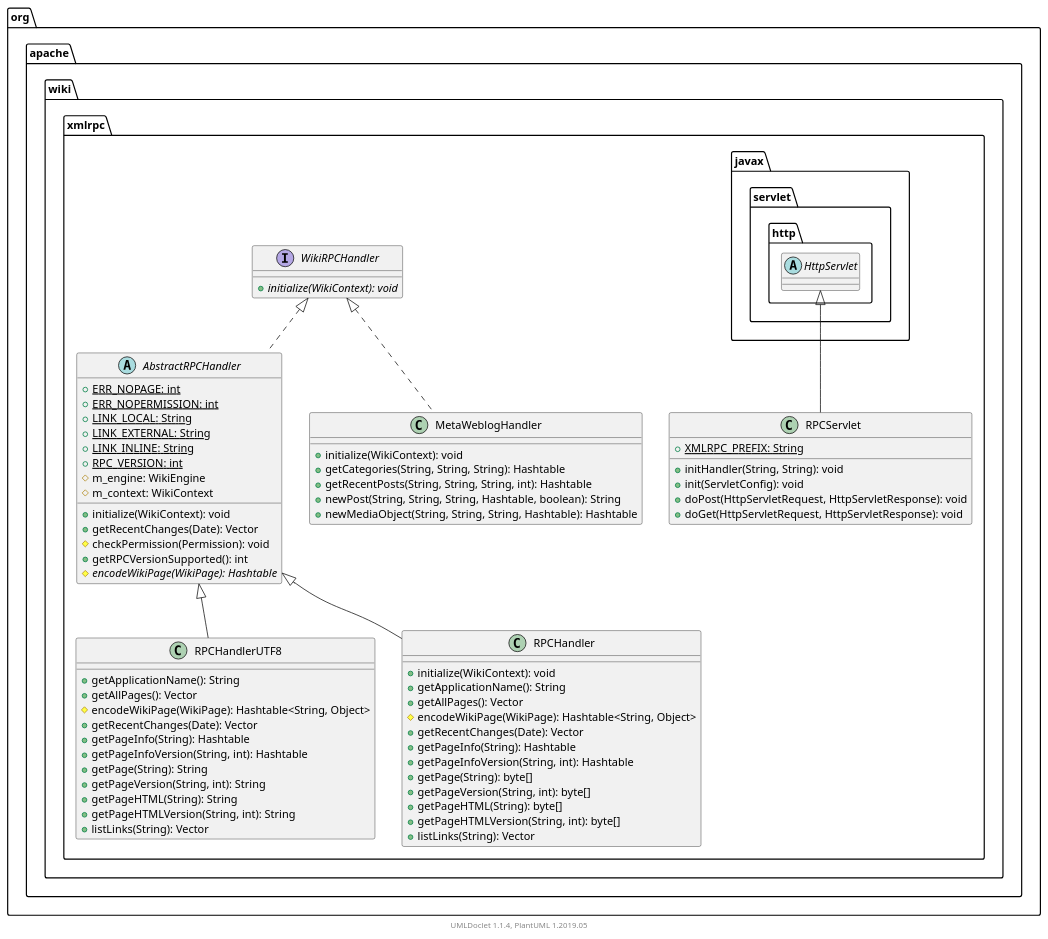
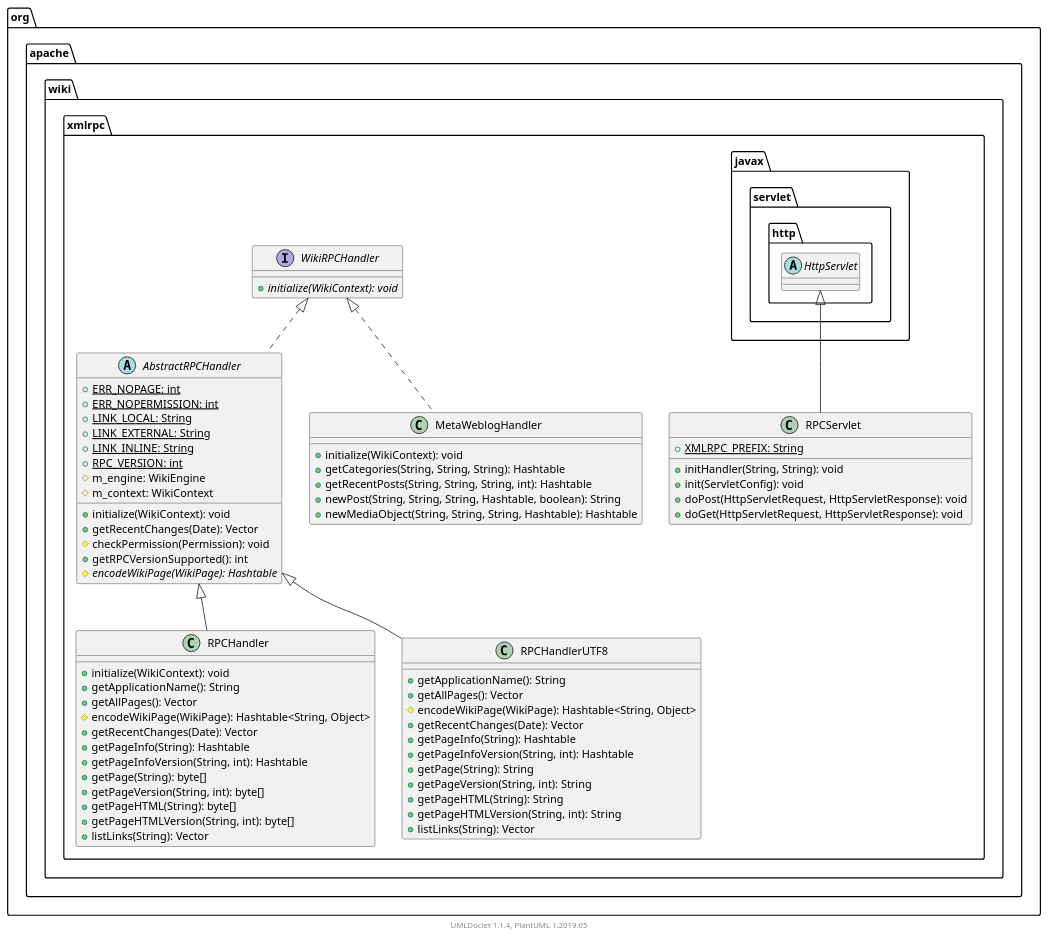
Before and after one commit to apache/jspwiki-site: the diagram in apidocs/2.11.0.M7-SNAPSHOT/org/apache/wiki/xmlrpc/package.puml, drawn with PlantUML. The commit also changed other lines of this file and 1589 other files, not shown here.

```diff
--- a/apidocs/2.11.0.M7-SNAPSHOT/org/apache/wiki/xmlrpc/package.puml
+++ b/apidocs/2.11.0.M7-SNAPSHOT/org/apache/wiki/xmlrpc/package.puml
@@ -1,85 +1,85 @@
 @startuml
 
     namespace org.apache.wiki.xmlrpc {
 
-        class RPCServlet [[RPCServlet.html]] {
-            {static} +XMLRPC_PREFIX: String
-            +initHandler(String, String): void
-            +init(ServletConfig): void
-            +doPost(HttpServletRequest, HttpServletResponse): void
-            +doGet(HttpServletRequest, HttpServletResponse): void
-        }
-
-        interface WikiRPCHandler [[WikiRPCHandler.html]] {
-            {abstract} +initialize(WikiContext): void
+        class RPCHandler [[RPCHandler.html]] {
+            +initialize(WikiContext): void
+            +getApplicationName(): String
+            +getAllPages(): Vector
+            #encodeWikiPage(WikiPage): Hashtable<String, Object>
+            +getRecentChanges(Date): Vector
+            +getPageInfo(String): Hashtable
+            +getPageInfoVersion(String, int): Hashtable
+            +getPage(String): byte[]
+            +getPageVersion(String, int): byte[]
+            +getPageHTML(String): byte[]
+            +getPageHTMLVersion(String, int): byte[]
+            +listLinks(String): Vector
         }
 
         abstract class AbstractRPCHandler [[AbstractRPCHandler.html]] {
             {static} +ERR_NOPAGE: int
             {static} +ERR_NOPERMISSION: int
             {static} +LINK_LOCAL: String
             {static} +LINK_EXTERNAL: String
             {static} +LINK_INLINE: String
             {static} +RPC_VERSION: int
             #m_engine: WikiEngine
             #m_context: WikiContext
             +initialize(WikiContext): void
             +getRecentChanges(Date): Vector
             #checkPermission(Permission): void
             +getRPCVersionSupported(): int
             {abstract} #encodeWikiPage(WikiPage): Hashtable
         }
 
+        class RPCServlet [[RPCServlet.html]] {
+            {static} +XMLRPC_PREFIX: String
+            +initHandler(String, String): void
+            +init(ServletConfig): void
+            +doPost(HttpServletRequest, HttpServletResponse): void
+            +doGet(HttpServletRequest, HttpServletResponse): void
+        }
+
+        class MetaWeblogHandler [[MetaWeblogHandler.html]] {
+            +initialize(WikiContext): void
+            +getCategories(String, String, String): Hashtable
+            +getRecentPosts(String, String, String, int): Hashtable
+            +newPost(String, String, String, Hashtable, boolean): String
+            +newMediaObject(String, String, String, Hashtable): Hashtable
+        }
+
+        interface WikiRPCHandler [[WikiRPCHandler.html]] {
+            {abstract} +initialize(WikiContext): void
+        }
+
         class RPCHandlerUTF8 [[RPCHandlerUTF8.html]] {
             +getApplicationName(): String
             +getAllPages(): Vector
             #encodeWikiPage(WikiPage): Hashtable<String, Object>
             +getRecentChanges(Date): Vector
             +getPageInfo(String): Hashtable
             +getPageInfoVersion(String, int): Hashtable
             +getPage(String): String
             +getPageVersion(String, int): String
             +getPageHTML(String): String
             +getPageHTMLVersion(String, int): String
             +listLinks(String): Vector
         }
 
-        class MetaWeblogHandler [[MetaWeblogHandler.html]] {
-            +initialize(WikiContext): void
-            +getCategories(String, String, String): Hashtable
-            +getRecentPosts(String, String, String, int): Hashtable
-            +newPost(String, String, String, Hashtable, boolean): String
-            +newMediaObject(String, String, String, Hashtable): Hashtable
-        }
+        AbstractRPCHandler <|-- RPCHandler
 
-        class RPCHandler [[RPCHandler.html]] {
-            +initialize(WikiContext): void
-            +getApplicationName(): String
-            +getAllPages(): Vector
-            #encodeWikiPage(WikiPage): Hashtable<String, Object>
-            +getRecentChanges(Date): Vector
-            +getPageInfo(String): Hashtable
-            +getPageInfoVersion(String, int): Hashtable
-            +getPage(String): byte[]
-            +getPageVersion(String, int): byte[]
-            +getPageHTML(String): byte[]
-            +getPageHTMLVersion(String, int): byte[]
-            +listLinks(String): Vector
-        }
+        WikiRPCHandler <|.. AbstractRPCHandler
 
         abstract class javax.servlet.http.HttpServlet
         javax.servlet.http.HttpServlet <|-- RPCServlet
 
-        WikiRPCHandler <|.. AbstractRPCHandler
+        WikiRPCHandler <|.. MetaWeblogHandler
 
         AbstractRPCHandler <|-- RPCHandlerUTF8
-
-        WikiRPCHandler <|.. MetaWeblogHandler
-
-        AbstractRPCHandler <|-- RPCHandler
 
     }
 
 
     center footer UMLDoclet 1.1.4, PlantUML 1.2019.05
 @enduml
```
